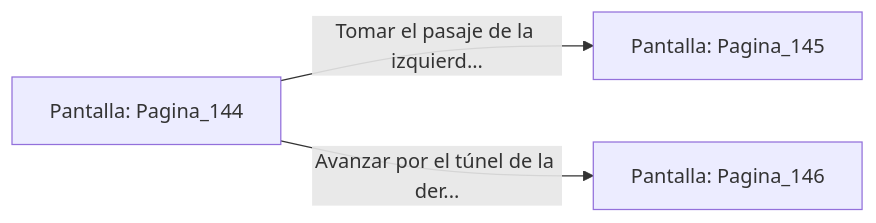
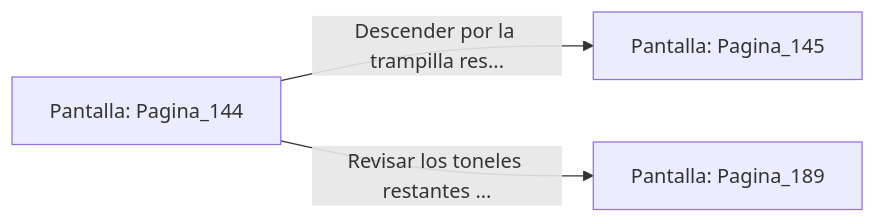
The diagram in sample/eligejuego-vault/Pantalla_Pagina_144.md (metsuke/mpl), drawn with Mermaid before and after one commit. The commit also changed other lines of this file and 635 other files, not shown here.

First line of the commit message:
fix: añadir Pagina_1 como pantalla inicial en capitulo_01.mpl

````diff
--- a/sample/eligejuego-vault/Pantalla_Pagina_144.md
+++ b/sample/eligejuego-vault/Pantalla_Pagina_144.md
@@ -20,6 +22,6 @@
 ```mermaid
 graph LR
     P_Pagina_144["Pantalla: Pagina_144"]
-    P_Pagina_144 -->|"Tomar el pasaje de la izquierd..."| P_Pagina_145["Pantalla: Pagina_145"]
-    P_Pagina_144 -->|"Avanzar por el túnel de la der..."| P_Pagina_146["Pantalla: Pagina_146"]
+    P_Pagina_144 -->|"Descender por la trampilla res..."| P_Pagina_145["Pantalla: Pagina_145"]
+    P_Pagina_144 -->|"Revisar los toneles restantes ..."| P_Pagina_189["Pantalla: Pagina_189"]
 ```
````
